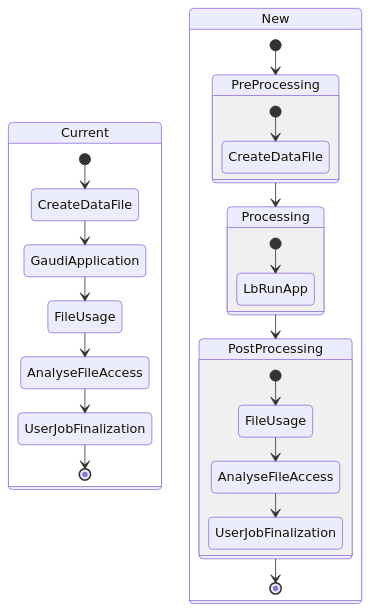
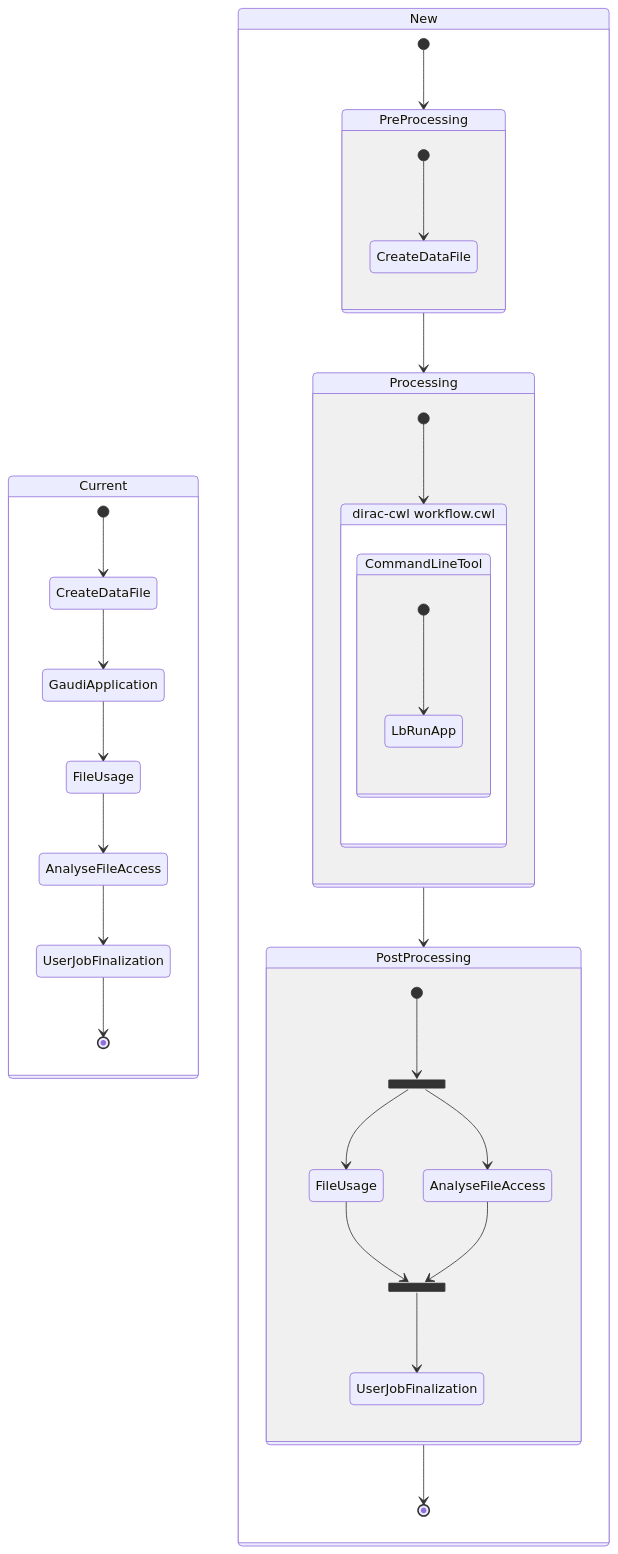
The second of 5 diagrams in docs/design/lhcb-workflows.md (DIRACGrid/dirac-cwl), drawn with Mermaid before and after one commit. The commit also changed other lines of this file, not shown here.

````diff
--- a/docs/design/lhcb-workflows.md
+++ b/docs/design/lhcb-workflows.md
@@ -69,50 +65,67 @@
 ```mermaid
----
-config:
-    layout: elk
----
 stateDiagram
     direction TB
 
     state Current {
         CreateDataFile_Old: CreateDataFile
         GaudiApplication_Old: GaudiApplication
         FileUsage_Old: FileUsage
         AnalyseFileAccess_Old: AnalyseFileAccess
         UserJobFinalization_Old: UserJobFinalization
 
         [*] --> CreateDataFile_Old
         CreateDataFile_Old --> GaudiApplication_Old
         GaudiApplication_Old --> FileUsage_Old
         FileUsage_Old --> AnalyseFileAccess_Old
         AnalyseFileAccess_Old --> UserJobFinalization_Old
         UserJobFinalization_Old --> [*]
     }
 
     state New {
-        state  PreProcessing {
+        PreProcessing_New: PreProcessing
+        Processing_New: Processing
+        PostProcessing_New: PostProcessing
+
+        state PreProcessing_New {
+            CreateDataFile_New: CreateDataFile
+
             [*] --> CreateDataFile_New
-            CreateDataFile_New: CreateDataFile
         }
 
-        state  Processing {
-            [*] --> LbRunApp_New
-            LbRunApp_New: LbRunApp
+        state Processing_New {
+            Execution_New: dirac-cwl workflow.cwl
+
+            state Execution_New {
+                CLT_New: CommandLineTool
+
+                state CLT_New {
+                    LbRunApp_New: LbRunApp
+                    [*] --> LbRunApp_New
+                }
+            }
+
+            [*] --> Execution_New
         }
 
-        state  PostProcessing {
+        state PostProcessing_New {
+            state fork_state <<fork>>
+            state join_state <<join>>
+
             FileUsage_New: FileUsage
             AnalyseFileAccess_New: AnalyseFileAccess
             UserJobFinalization_New: UserJobFinalization
 
-            [*] --> FileUsage_New
-            FileUsage_New --> AnalyseFileAccess_New
-            AnalyseFileAccess_New --> UserJobFinalization_New
+            [*] --> fork_state
+            fork_state --> FileUsage_New
+            fork_state --> AnalyseFileAccess_New
+            FileUsage_New --> join_state
+            AnalyseFileAccess_New --> join_state
+            join_state --> UserJobFinalization_New
         }
 
-        [*] --> PreProcessing
-        PreProcessing --> Processing
-        Processing --> PostProcessing
-        PostProcessing --> [*]
+        [*] --> PreProcessing_New
+        PreProcessing_New --> Processing_New
+        Processing_New --> PostProcessing_New
+        PostProcessing_New --> [*]
     }
 ```
````
